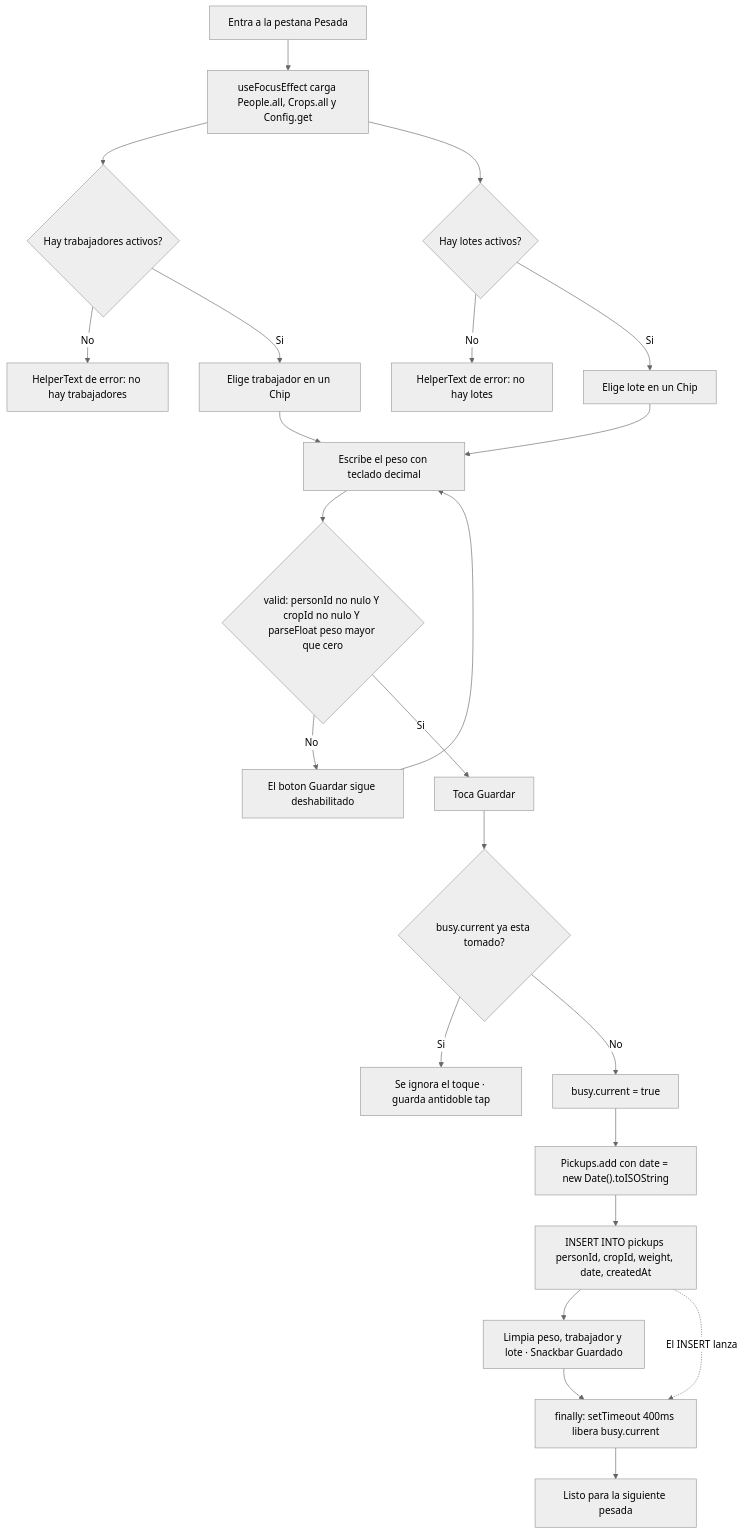
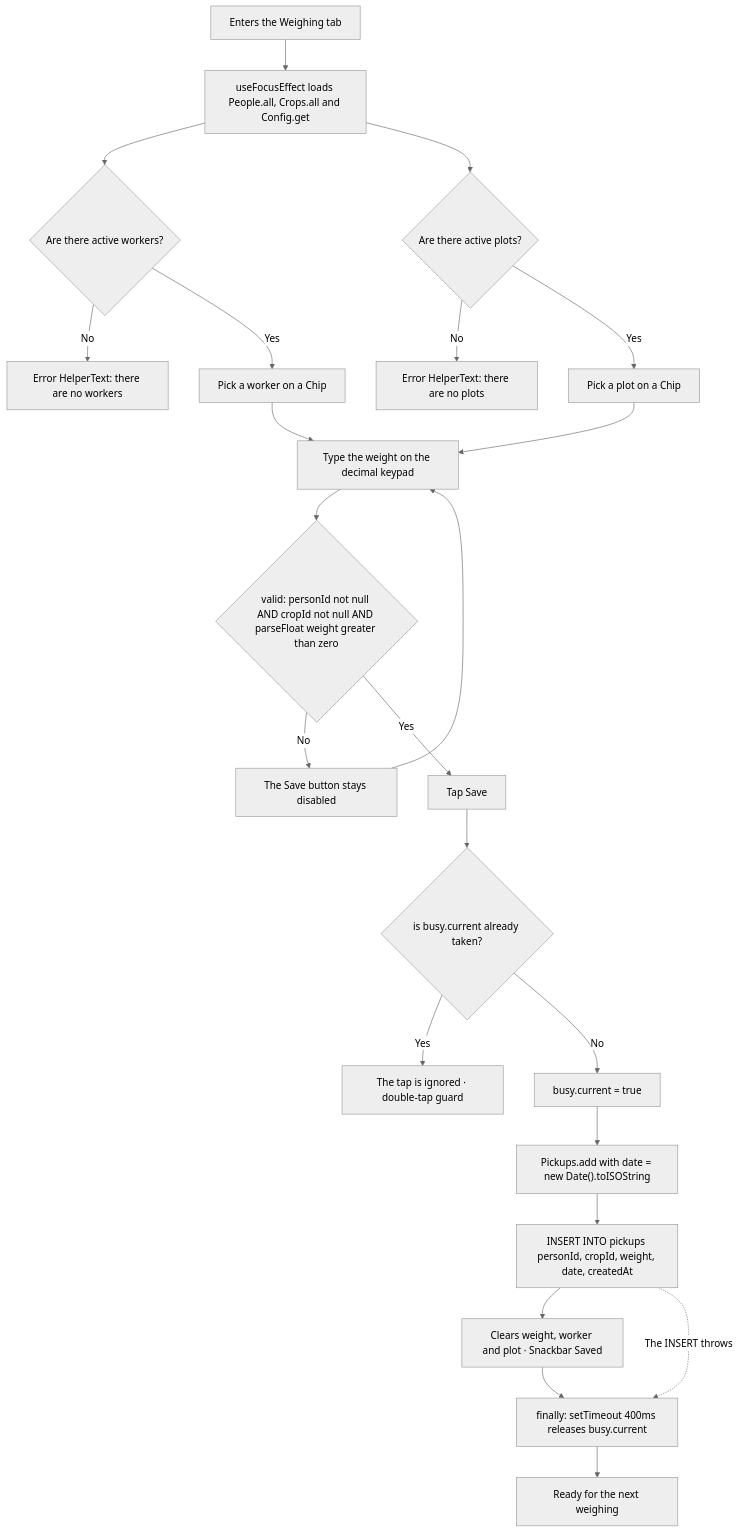
Before and after one commit to ojardila/bascula: the fourth of 7 diagrams in docs/diagramas/movil.md, drawn with Mermaid (neutral theme). The commit also changed other lines of this file and 25 other files, not shown here.

````diff
--- a/docs/diagramas/movil.md
+++ b/docs/diagramas/movil.md
@@ -468,30 +468,30 @@
 ```mermaid
 flowchart TD
-    A["Entra a la pestana Pesada"] --> B["useFocusEffect carga People.all, Crops.all y Config.get"]
-    B --> C{"Hay trabajadores activos?"}
-    C -->|No| C1["HelperText de error: no hay trabajadores"]
-    B --> D{"Hay lotes activos?"}
-    D -->|No| D1["HelperText de error: no hay lotes"]
+    A["Enters the Weighing tab"] --> B["useFocusEffect loads People.all, Crops.all and Config.get"]
+    B --> C{"Are there active workers?"}
+    C -->|No| C1["Error HelperText: there are no workers"]
+    B --> D{"Are there active plots?"}
+    D -->|No| D1["Error HelperText: there are no plots"]
 
-    C -->|Si| E["Elige trabajador en un Chip"]
-    D -->|Si| F["Elige lote en un Chip"]
-    E --> G["Escribe el peso con teclado decimal"]
+    C -->|Yes| E["Pick a worker on a Chip"]
+    D -->|Yes| F["Pick a plot on a Chip"]
+    E --> G["Type the weight on the decimal keypad"]
     F --> G
 
-    G --> H{"valid: personId no nulo Y cropId no nulo Y parseFloat peso mayor que cero"}
-    H -->|No| H1["El boton Guardar sigue deshabilitado"]
+    G --> H{"valid: personId not null AND cropId not null AND parseFloat weight greater than zero"}
+    H -->|No| H1["The Save button stays disabled"]
     H1 --> G
-    H -->|Si| I["Toca Guardar"]
+    H -->|Yes| I["Tap Save"]
 
-    I --> J{"busy.current ya esta tomado?"}
-    J -->|Si| J1["Se ignora el toque · guarda antidoble tap"]
+    I --> J{"is busy.current already taken?"}
+    J -->|Yes| J1["The tap is ignored · double-tap guard"]
     J -->|No| K["busy.current = true"]
 
-    K --> L["Pickups.add con date = new Date().toISOString"]
+    K --> L["Pickups.add with date = new Date().toISOString"]
     L --> M["INSERT INTO pickups personId, cropId, weight, date, createdAt"]
-    M --> N["Limpia peso, trabajador y lote · Snackbar Guardado"]
-    N --> O["finally: setTimeout 400ms libera busy.current"]
-    O --> P["Listo para la siguiente pesada"]
+    M --> N["Clears weight, worker and plot · Snackbar Saved"]
+    N --> O["finally: setTimeout 400ms releases busy.current"]
+    O --> P["Ready for the next weighing"]
 
-    M -.->|"El INSERT lanza"| O
+    M -.->|"The INSERT throws"| O
 ```
````
